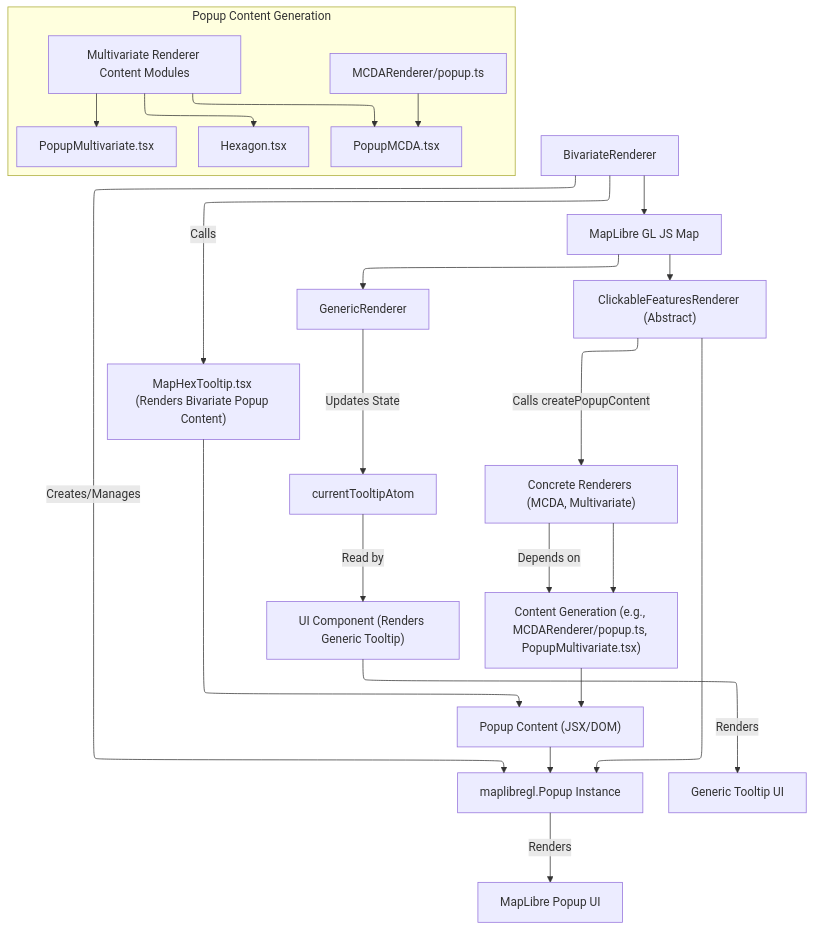
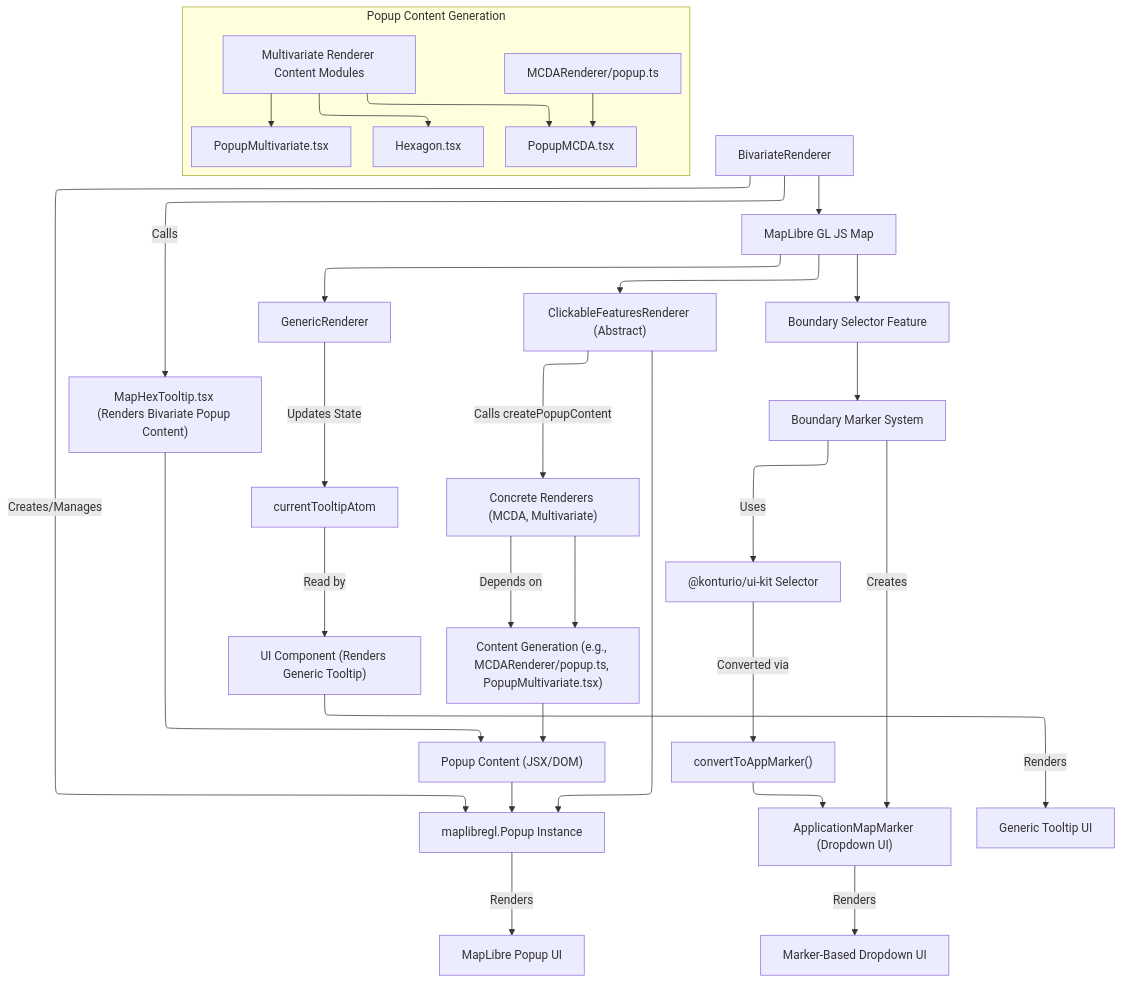
The seventh of 7 diagrams in docs/investigations/renderer-tooltips-popups-report.md (konturio/disaster-ninja-fe), drawn with Mermaid before and after one commit. The commit also changed other lines of this file and 12 other files, not shown here.

````diff
--- a/docs/investigations/renderer-tooltips-popups-report.md
+++ b/docs/investigations/renderer-tooltips-popups-report.md
@@ -194,36 +253,44 @@
 ```mermaid
 ---
 config:
   layout: elk
 ---
 graph TD
     Map["MapLibre GL JS Map"] --> GenericRenderer["GenericRenderer"];
     Map --> ClickableFeaturesRendererAbstract["ClickableFeaturesRenderer (Abstract)"];
+    Map --> BoundarySelector["Boundary Selector Feature"];
 
     GenericRenderer -- Updates State --> currentTooltipAtom["currentTooltipAtom"];
     currentTooltipAtom -- Read by --> UIComponent["UI Component (Renders Generic Tooltip)"];
 
     ClickableFeaturesRendererAbstract --> MapLibrePopupInstance["maplibregl.Popup Instance"];
     ClickableFeaturesRendererAbstract -- Calls createPopupContent --> ConcreteRenderer["Concrete Renderers (MCDA, Multivariate)"];
 
     ConcreteRenderer --> ContentGenerationModules["Content Generation (e.g., MCDARenderer/popup.ts, PopupMultivariate.tsx)"];
     ContentGenerationModules --> PopupContent["Popup Content (JSX/DOM)"];
     PopupContent --> MapLibrePopupInstance;
 
     BivariateRenderer["BivariateRenderer"] --> Map;
     BivariateRenderer -- Creates/Manages --> MapLibrePopupInstance;
     BivariateRenderer -- Calls --> MapHexTooltipComponent["MapHexTooltip.tsx (Renders Bivariate Popup Content)"];
     MapHexTooltipComponent --> PopupContent;
 
+    BoundarySelector --> BoundaryMarkerSystem["Boundary Marker System"];
+    BoundaryMarkerSystem -- Creates --> ApplicationMapMarker["ApplicationMapMarker (Dropdown UI)"];
+    BoundaryMarkerSystem -- Uses --> ReactSelector["@konturio/ui-kit Selector"];
+    ReactSelector -- Converted via --> convertToAppMarker["convertToAppMarker()"];
+    convertToAppMarker --> ApplicationMapMarker;
+
     UIComponent -- Renders --> GenericTooltipUI["Generic Tooltip UI"];
     MapLibrePopupInstance -- Renders --> MapLibrePopupUI["MapLibre Popup UI"];
+    ApplicationMapMarker -- Renders --> MarkerDropdownUI["Marker-Based Dropdown UI"];
 
     subgraph Popup Content Generation
         MCDAPopupUtils["MCDARenderer/popup.ts"] --> PopupMCDAComponent["PopupMCDA.tsx"];
         MultivariateContent["Multivariate Renderer Content Modules"] --> PopupMCDAComponent;
         MultivariateContent --> HexagonComponent["Hexagon.tsx"];
         MultivariateContent --> PopupMultivariateComponent["PopupMultivariate.tsx"];
     end
 
     ConcreteRenderer -- Depends on --> ContentGenerationModules;
 ```
````
